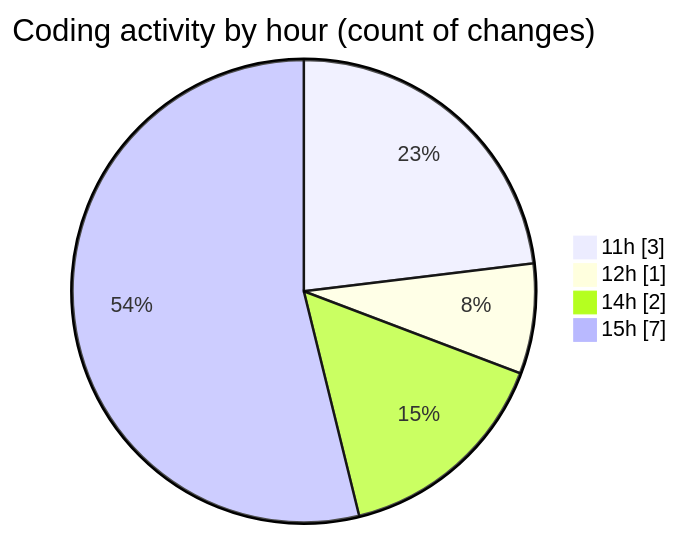
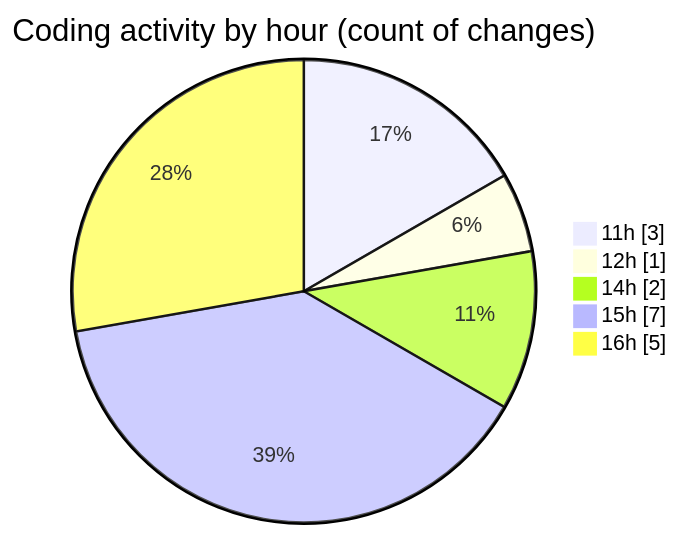
Before and after one commit to debugP/code-tracking: the second of 2 diagrams in 2025-09-25/plugins/README.md, drawn with Mermaid. The commit also changed other lines of this file and 1 other file, not shown here.

````diff
--- a/2025-09-25/plugins/README.md
+++ b/2025-09-25/plugins/README.md
@@ -28,8 +28,9 @@
 ```mermaid
 pie showData
 title Coding activity by hour (count of changes)
 "11h" : 3
 "12h" : 1
 "14h" : 2
 "15h" : 7
+"16h" : 5
 ```
````
